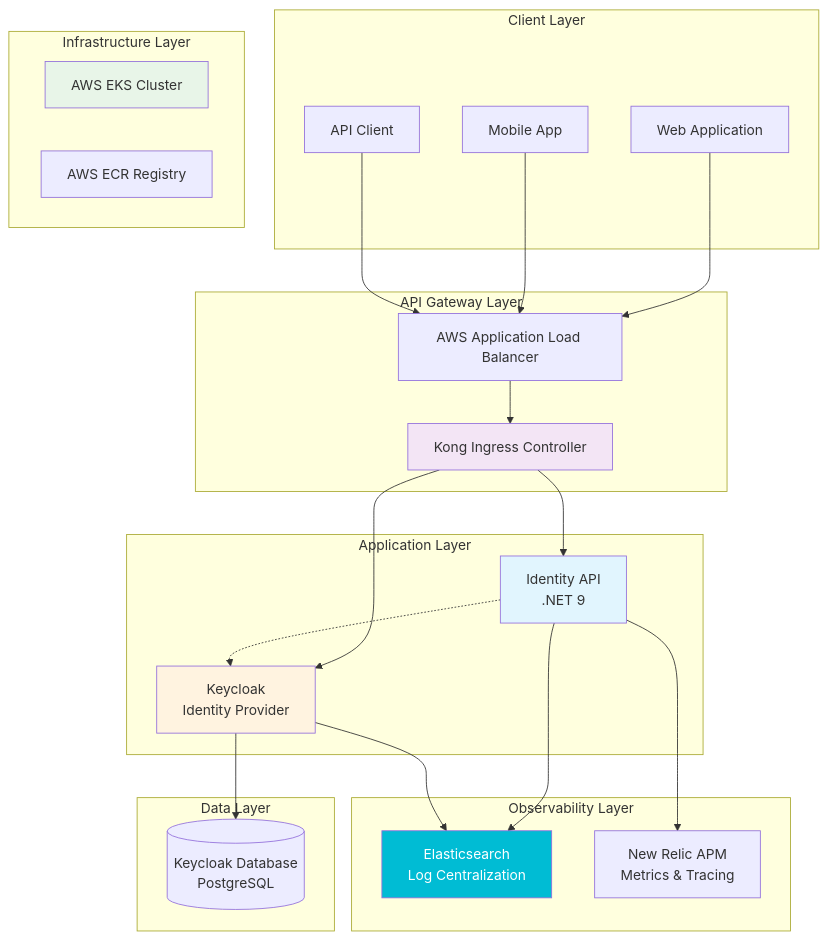
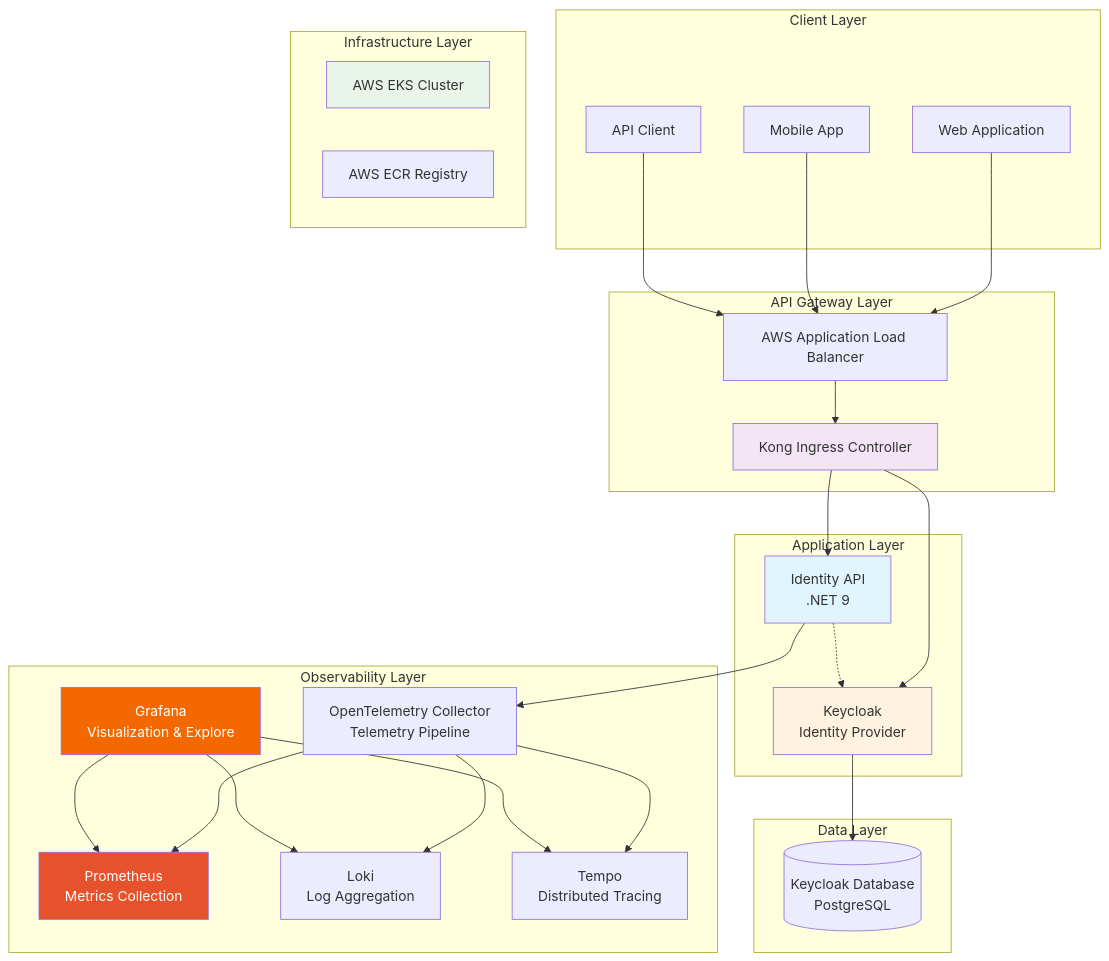
One commit to kyo1506/tec-challenge-fase-1 changed the first of 6 diagrams in README.md. Above: the diagram before and after it, drawn with Mermaid. The commit also changed other lines of this file and 7 other files, not shown here.

First line of the commit message:
refactor: Update observability stack to use Prometheus, Loki, Tempo, and Grafana

````diff
--- a/README.md
+++ b/README.md
@@ -27,50 +27,58 @@
 ```mermaid
 graph TB
     subgraph "Client Layer"
         WEB[Web Application]
         MOB[Mobile App]
         API_CLIENT[API Client]
     end
 
     subgraph "API Gateway Layer"
         ALB[AWS Application Load Balancer]
         KONG[Kong Ingress Controller]
     end
 
     subgraph "Application Layer"
         IDENTITY[Identity API<br/>.NET 9]
         KC[Keycloak<br/>Identity Provider]
     end
 
     subgraph "Data Layer"
         KCDB[(Keycloak Database<br/>PostgreSQL)]
     end
 
     subgraph "Observability Layer"
-        ELK[Elasticsearch<br/>Log Centralization]
-        NR[New Relic APM<br/>Metrics & Tracing]
+        PROM[Prometheus<br/>Metrics Collection]
+        LOKI[Loki<br/>Log Aggregation]
+        TEMPO[Tempo<br/>Distributed Tracing]
+        GRAFANA[Grafana<br/>Visualization & Explore]
+        OTEL[OpenTelemetry Collector<br/>Telemetry Pipeline]
     end
 
     subgraph "Infrastructure Layer"
         EKS[AWS EKS Cluster]
         ECR[AWS ECR Registry]
     end
 
     WEB --> ALB
     MOB --> ALB
     API_CLIENT --> ALB
     ALB --> KONG
     KONG --> IDENTITY
     KONG --> KC
     IDENTITY -.-> KC
     KC --> KCDB
-    IDENTITY --> ELK
-    IDENTITY --> NR
-    KC --> ELK
+    IDENTITY --> OTEL
+    OTEL --> PROM
+    OTEL --> LOKI
+    OTEL --> TEMPO
+    GRAFANA --> PROM
+    GRAFANA --> LOKI
+    GRAFANA --> TEMPO
     
     style IDENTITY fill:#e1f5fe
     style KC fill:#fff3e0
     style KONG fill:#f3e5f5
     style EKS fill:#e8f5e8
-    style ELK fill:#00bcd4,color:#fff
+    style GRAFANA fill:#f46800,color:#fff
+    style PROM fill:#e6522c,color:#fff
 ```
````
